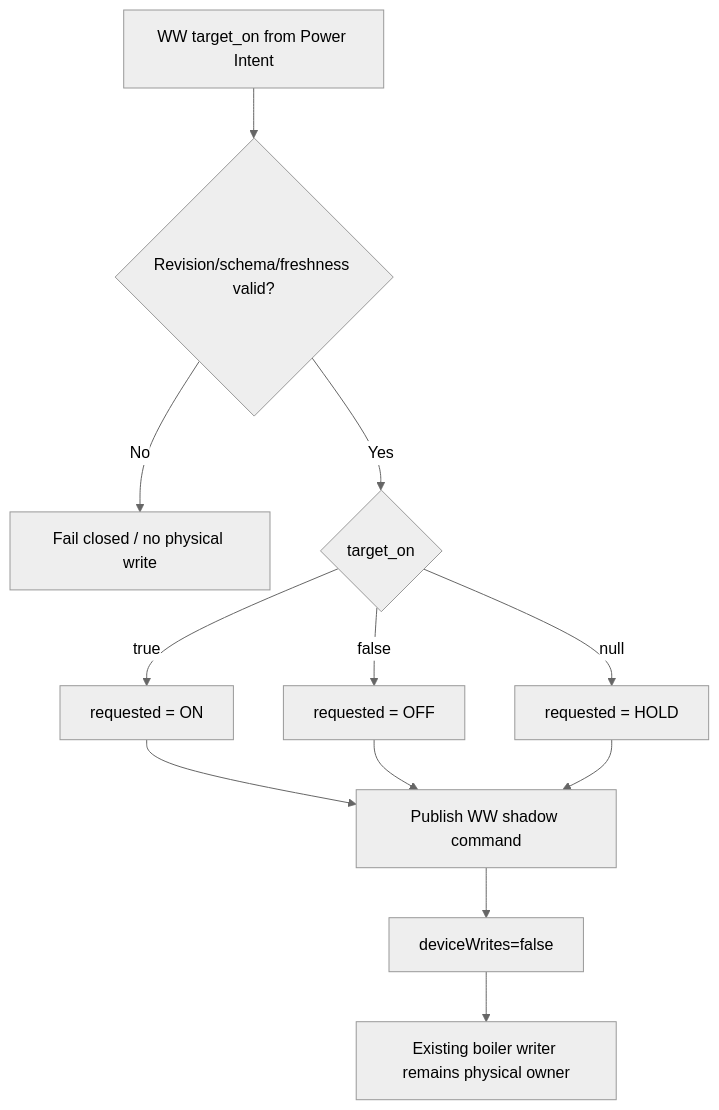
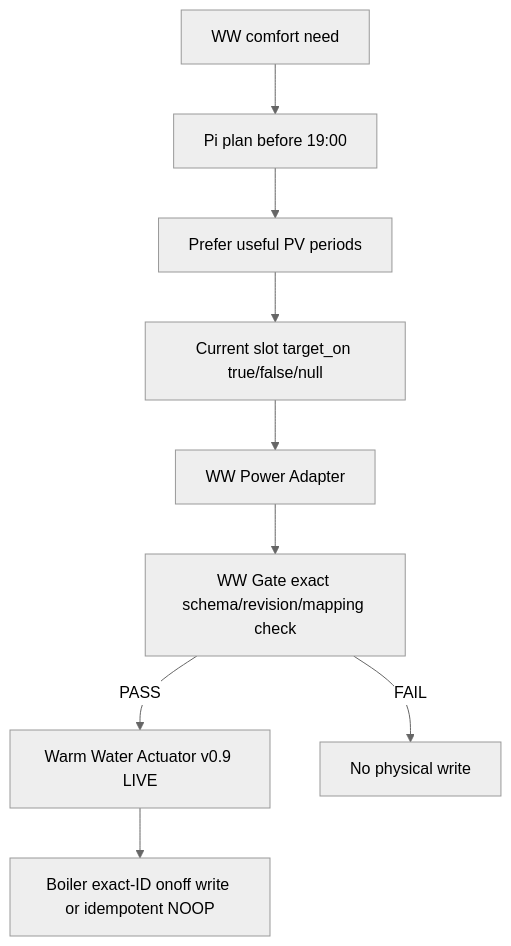
The fifth of 5 diagrams in docs/software-architecture/flows/planner-power-intent-flow.md (OnsKasteeltje/homey-energy-manual), drawn with Mermaid (neutral theme) before and after one commit. The commit also changed other lines of this file, not shown here.

Commit message:
docs: align planner and Power Intent flow diagrams with Pi production chain

````diff
--- a/docs/software-architecture/flows/planner-power-intent-flow.md
+++ b/docs/software-architecture/flows/planner-power-intent-flow.md
@@ -299,14 +174,11 @@
 ```mermaid
 flowchart TD
-    A[WW target_on from Power Intent] --> B{Revision/schema/freshness valid?}
-    B -->|No| C[Fail closed / no physical write]
-    B -->|Yes| D{target_on}
-    D -->|true| E[requested = ON]
-    D -->|false| F[requested = OFF]
-    D -->|null| G[requested = HOLD]
-    E --> H[Publish WW shadow command]
-    F --> H
-    G --> H
-    H --> I[deviceWrites=false]
-    I --> J[Existing boiler writer remains physical owner]
+    A[WW comfort need] --> B[Pi plan before 19:00]
+    B --> C[Prefer useful PV periods]
+    C --> D[Current slot target_on true/false/null]
+    D --> E[WW Power Adapter]
+    E --> F[WW Gate exact schema/revision/mapping check]
+    F -->|PASS| G[Warm Water Actuator v0.9 LIVE]
+    F -->|FAIL| H[No physical write]
+    G --> I[Boiler exact-ID onoff write or idempotent NOOP]
 ```
````
